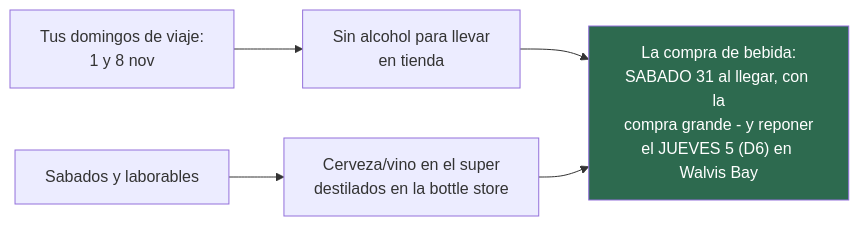
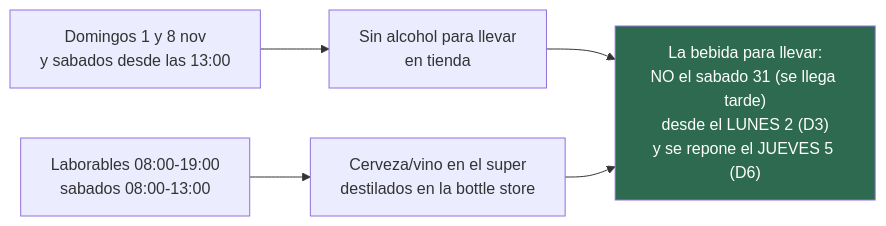
One commit to morandeirachema/namibia changed the first of 2 diagrams in 08-comida-compras-y-regalos.md. Above: the diagram before and after it, drawn with Mermaid. The commit also changed other lines of this file and 10 other files, not shown here.

First line of the commit message:
La compra del D1, verificada: el sábado el alcohol cierra a las 13:00 y Pick n Pay ya es Model

````diff
--- a/08-comida-compras-y-regalos.md
+++ b/08-comida-compras-y-regalos.md
@@ -26,8 +33,8 @@
 ```mermaid
 flowchart LR
-    A["Tus domingos de viaje:<br/>1 y 8 nov"] --> B["Sin alcohol para llevar<br/>en tienda"]
-    C["Sabados y laborables"] --> D["Cerveza/vino en el super<br/>destilados en la bottle store"]
-    B --> E["La compra de bebida:<br/>SABADO 31 al llegar, con la<br/>compra grande - y reponer<br/>el JUEVES 5 (D6) en Walvis Bay"]
+    A["Domingos 1 y 8 nov<br/>y sabados desde las 13:00"] --> B["Sin alcohol para llevar<br/>en tienda"]
+    C["Laborables 08:00-19:00<br/>sabados 08:00-13:00"] --> D["Cerveza/vino en el super<br/>destilados en la bottle store"]
+    B --> E["La bebida para llevar:<br/>NO el sabado 31 (se llega tarde)<br/>desde el LUNES 2 (D3)<br/>y se repone el JUEVES 5 (D6)"]
     D --> E
     style E fill:#2d6a4f,color:#fff
 ```
````
